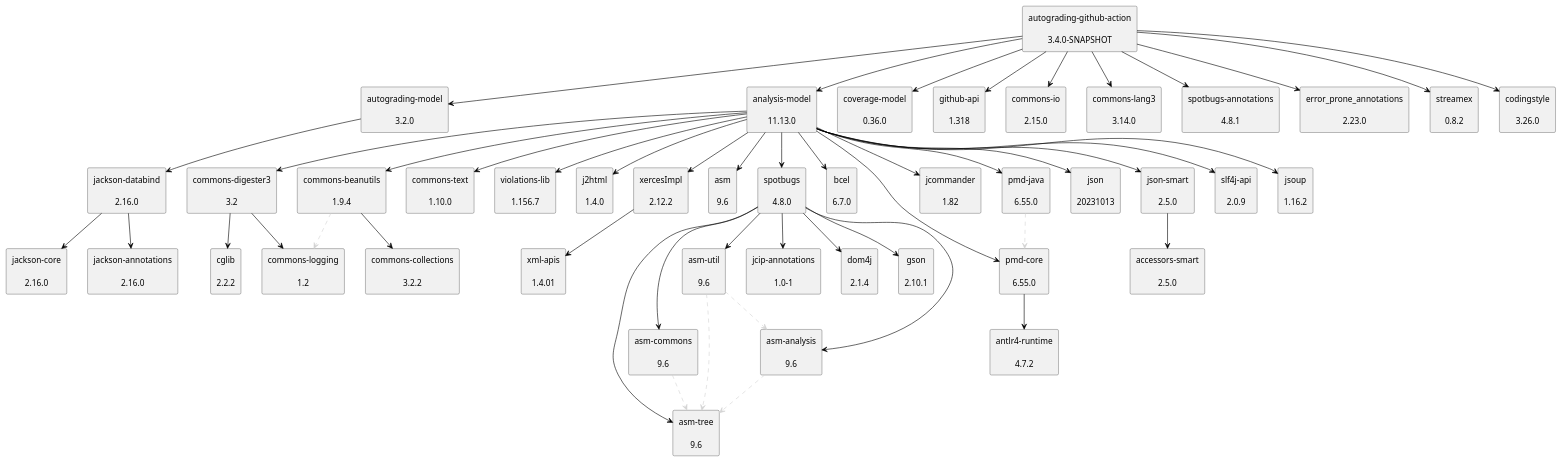
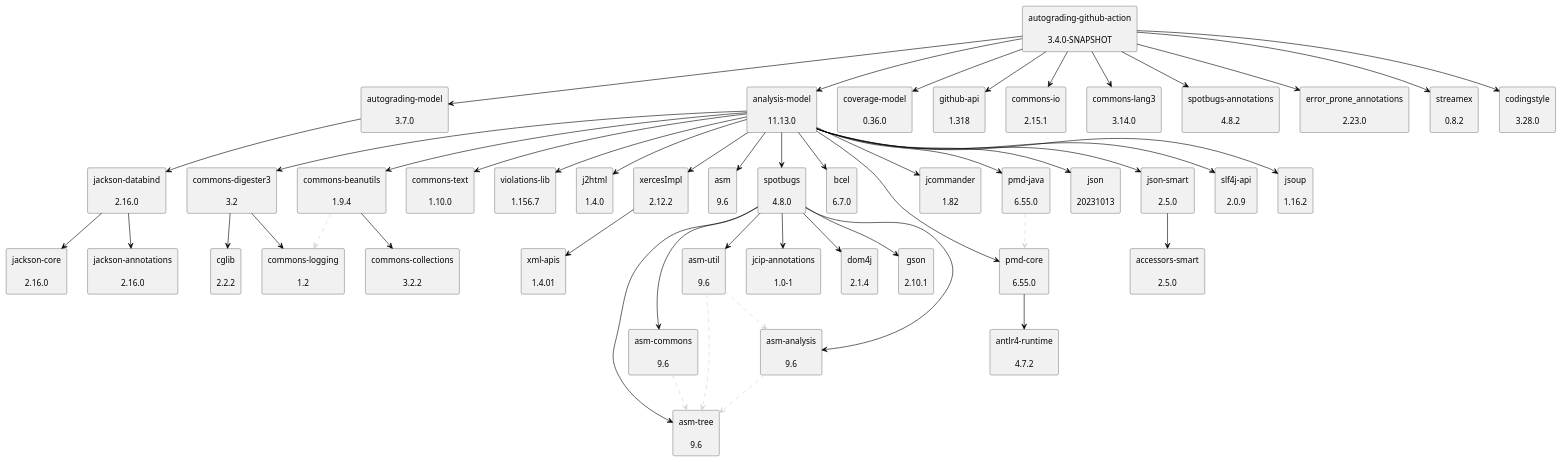
The diagram in doc/dependency-graph.puml (uhafner/autograding-github-action), drawn with PlantUML before and after one commit. The commit also changed 15 other files, not shown here.

```diff
--- a/doc/dependency-graph.puml
+++ b/doc/dependency-graph.puml
@@ -1,100 +1,100 @@
 @startuml
 skinparam defaultTextAlignment center
 skinparam rectangle {
   BackgroundColor<<optional>> beige
   BackgroundColor<<test>> lightGreen
   BackgroundColor<<runtime>> lightBlue
   BackgroundColor<<provided>> lightGray
 }
 rectangle "jackson-databind\n\n2.16.0" as com_fasterxml_jackson_core_jackson_databind_jar
 rectangle "jackson-annotations\n\n2.16.0" as com_fasterxml_jackson_core_jackson_annotations_jar
 rectangle "jackson-core\n\n2.16.0" as com_fasterxml_jackson_core_jackson_core_jar
-rectangle "autograding-model\n\n3.2.0" as edu_hm_hafner_autograding_model_jar
+rectangle "autograding-model\n\n3.7.0" as edu_hm_hafner_autograding_model_jar
 rectangle "autograding-github-action\n\n3.4.0-SNAPSHOT" as edu_hm_hafner_autograding_github_action_jar
 rectangle "analysis-model\n\n11.13.0" as edu_hm_hafner_analysis_model_jar
 rectangle "jsoup\n\n1.16.2" as org_jsoup_jsoup_jar
 rectangle "commons-digester3\n\n3.2" as org_apache_commons_commons_digester3_jar
 rectangle "cglib\n\n2.2.2" as cglib_cglib_jar
 rectangle "commons-logging\n\n1.2" as commons_logging_commons_logging_jar
 rectangle "commons-beanutils\n\n1.9.4" as commons_beanutils_commons_beanutils_jar
 rectangle "commons-collections\n\n3.2.2" as commons_collections_commons_collections_jar
 rectangle "commons-text\n\n1.10.0" as org_apache_commons_commons_text_jar
 rectangle "violations-lib\n\n1.156.7" as se_bjurr_violations_violations_lib_jar
 rectangle "j2html\n\n1.4.0" as com_j2html_j2html_jar
 rectangle "xercesImpl\n\n2.12.2" as xerces_xercesImpl_jar
 rectangle "xml-apis\n\n1.4.01" as xml_apis_xml_apis_jar
 rectangle "asm\n\n9.6" as org_ow2_asm_asm_jar
 rectangle "asm-analysis\n\n9.6" as org_ow2_asm_asm_analysis_jar
 rectangle "asm-tree\n\n9.6" as org_ow2_asm_asm_tree_jar
 rectangle "spotbugs\n\n4.8.0" as com_github_spotbugs_spotbugs_jar
 rectangle "asm-commons\n\n9.6" as org_ow2_asm_asm_commons_jar
 rectangle "asm-util\n\n9.6" as org_ow2_asm_asm_util_jar
 rectangle "jcip-annotations\n\n1.0-1" as com_github_stephenc_jcip_jcip_annotations_jar
 rectangle "dom4j\n\n2.1.4" as org_dom4j_dom4j_jar
 rectangle "gson\n\n2.10.1" as com_google_code_gson_gson_jar
 rectangle "bcel\n\n6.7.0" as org_apache_bcel_bcel_jar
 rectangle "pmd-core\n\n6.55.0" as net_sourceforge_pmd_pmd_core_jar
 rectangle "antlr4-runtime\n\n4.7.2" as org_antlr_antlr4_runtime_jar
 rectangle "jcommander\n\n1.82" as com_beust_jcommander_jar
 rectangle "pmd-java\n\n6.55.0" as net_sourceforge_pmd_pmd_java_jar
 rectangle "json\n\n20231013" as org_json_json_jar
 rectangle "json-smart\n\n2.5.0" as net_minidev_json_smart_jar
 rectangle "accessors-smart\n\n2.5.0" as net_minidev_accessors_smart_jar
 rectangle "slf4j-api\n\n2.0.9" as org_slf4j_slf4j_api_jar
 rectangle "coverage-model\n\n0.36.0" as edu_hm_hafner_coverage_model_jar
 rectangle "github-api\n\n1.318" as org_kohsuke_github_api_jar
-rectangle "commons-io\n\n2.15.0" as commons_io_commons_io_jar
+rectangle "commons-io\n\n2.15.1" as commons_io_commons_io_jar
 rectangle "commons-lang3\n\n3.14.0" as org_apache_commons_commons_lang3_jar
-rectangle "spotbugs-annotations\n\n4.8.1" as com_github_spotbugs_spotbugs_annotations_jar
+rectangle "spotbugs-annotations\n\n4.8.2" as com_github_spotbugs_spotbugs_annotations_jar
 rectangle "error_prone_annotations\n\n2.23.0" as com_google_errorprone_error_prone_annotations_jar
 rectangle "streamex\n\n0.8.2" as one_util_streamex_jar
-rectangle "codingstyle\n\n3.26.0" as edu_hm_hafner_codingstyle_jar
+rectangle "codingstyle\n\n3.28.0" as edu_hm_hafner_codingstyle_jar
 com_fasterxml_jackson_core_jackson_databind_jar -[#000000]-> com_fasterxml_jackson_core_jackson_annotations_jar
 com_fasterxml_jackson_core_jackson_databind_jar -[#000000]-> com_fasterxml_jackson_core_jackson_core_jar
 edu_hm_hafner_autograding_model_jar -[#000000]-> com_fasterxml_jackson_core_jackson_databind_jar
 edu_hm_hafner_autograding_github_action_jar -[#000000]-> edu_hm_hafner_autograding_model_jar
 edu_hm_hafner_analysis_model_jar -[#000000]-> org_jsoup_jsoup_jar
 org_apache_commons_commons_digester3_jar -[#000000]-> cglib_cglib_jar
 org_apache_commons_commons_digester3_jar -[#000000]-> commons_logging_commons_logging_jar
 edu_hm_hafner_analysis_model_jar -[#000000]-> org_apache_commons_commons_digester3_jar
 commons_beanutils_commons_beanutils_jar .[#D3D3D3].> commons_logging_commons_logging_jar
 commons_beanutils_commons_beanutils_jar -[#000000]-> commons_collections_commons_collections_jar
 edu_hm_hafner_analysis_model_jar -[#000000]-> commons_beanutils_commons_beanutils_jar
 edu_hm_hafner_analysis_model_jar -[#000000]-> org_apache_commons_commons_text_jar
 edu_hm_hafner_analysis_model_jar -[#000000]-> se_bjurr_violations_violations_lib_jar
 edu_hm_hafner_analysis_model_jar -[#000000]-> com_j2html_j2html_jar
 xerces_xercesImpl_jar -[#000000]-> xml_apis_xml_apis_jar
 edu_hm_hafner_analysis_model_jar -[#000000]-> xerces_xercesImpl_jar
 edu_hm_hafner_analysis_model_jar -[#000000]-> org_ow2_asm_asm_jar
 org_ow2_asm_asm_analysis_jar .[#D3D3D3].> org_ow2_asm_asm_tree_jar
 com_github_spotbugs_spotbugs_jar -[#000000]-> org_ow2_asm_asm_analysis_jar
 org_ow2_asm_asm_commons_jar .[#D3D3D3].> org_ow2_asm_asm_tree_jar
 com_github_spotbugs_spotbugs_jar -[#000000]-> org_ow2_asm_asm_commons_jar
 com_github_spotbugs_spotbugs_jar -[#000000]-> org_ow2_asm_asm_tree_jar
 org_ow2_asm_asm_util_jar .[#D3D3D3].> org_ow2_asm_asm_tree_jar
 org_ow2_asm_asm_util_jar .[#D3D3D3].> org_ow2_asm_asm_analysis_jar
 com_github_spotbugs_spotbugs_jar -[#000000]-> org_ow2_asm_asm_util_jar
 com_github_spotbugs_spotbugs_jar -[#000000]-> com_github_stephenc_jcip_jcip_annotations_jar
 com_github_spotbugs_spotbugs_jar -[#000000]-> org_dom4j_dom4j_jar
 com_github_spotbugs_spotbugs_jar -[#000000]-> com_google_code_gson_gson_jar
 edu_hm_hafner_analysis_model_jar -[#000000]-> com_github_spotbugs_spotbugs_jar
 edu_hm_hafner_analysis_model_jar -[#000000]-> org_apache_bcel_bcel_jar
 net_sourceforge_pmd_pmd_core_jar -[#000000]-> org_antlr_antlr4_runtime_jar
 edu_hm_hafner_analysis_model_jar -[#000000]-> net_sourceforge_pmd_pmd_core_jar
 edu_hm_hafner_analysis_model_jar -[#000000]-> com_beust_jcommander_jar
 net_sourceforge_pmd_pmd_java_jar .[#D3D3D3].> net_sourceforge_pmd_pmd_core_jar
 edu_hm_hafner_analysis_model_jar -[#000000]-> net_sourceforge_pmd_pmd_java_jar
 edu_hm_hafner_analysis_model_jar -[#000000]-> org_json_json_jar
 net_minidev_json_smart_jar -[#000000]-> net_minidev_accessors_smart_jar
 edu_hm_hafner_analysis_model_jar -[#000000]-> net_minidev_json_smart_jar
 edu_hm_hafner_analysis_model_jar -[#000000]-> org_slf4j_slf4j_api_jar
 edu_hm_hafner_autograding_github_action_jar -[#000000]-> edu_hm_hafner_analysis_model_jar
 edu_hm_hafner_autograding_github_action_jar -[#000000]-> edu_hm_hafner_coverage_model_jar
 edu_hm_hafner_autograding_github_action_jar -[#000000]-> org_kohsuke_github_api_jar
 edu_hm_hafner_autograding_github_action_jar -[#000000]-> commons_io_commons_io_jar
 edu_hm_hafner_autograding_github_action_jar -[#000000]-> org_apache_commons_commons_lang3_jar
 edu_hm_hafner_autograding_github_action_jar -[#000000]-> com_github_spotbugs_spotbugs_annotations_jar
 edu_hm_hafner_autograding_github_action_jar -[#000000]-> com_google_errorprone_error_prone_annotations_jar
 edu_hm_hafner_autograding_github_action_jar -[#000000]-> one_util_streamex_jar
 edu_hm_hafner_autograding_github_action_jar -[#000000]-> edu_hm_hafner_codingstyle_jar
 @enduml
```
